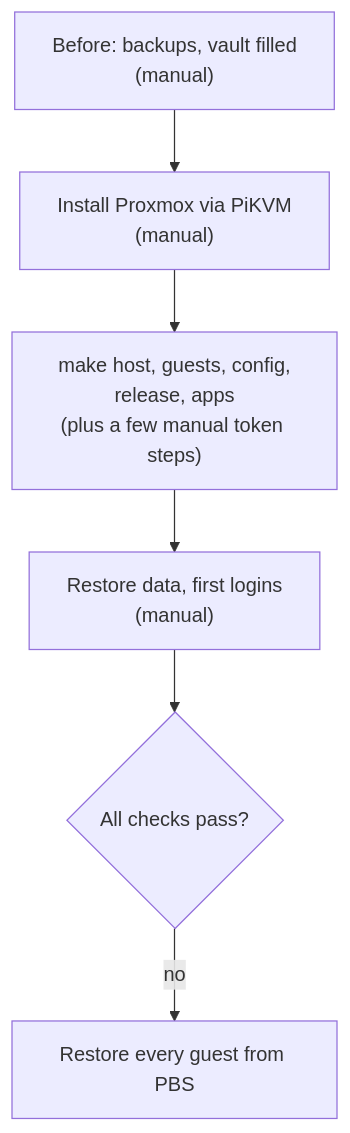
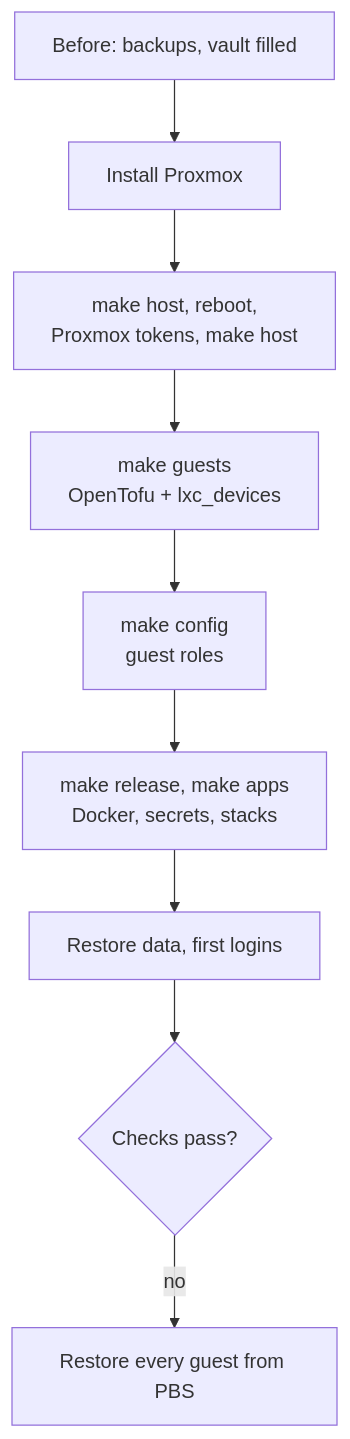
The diagram in docs/runbooks/install.md (atahan99/proxmox-infra-iac), drawn with Mermaid before and after one commit. The commit also changed other lines of this file and 17 other files, not shown here.

````diff
--- a/docs/runbooks/install.md
+++ b/docs/runbooks/install.md
@@ -6,8 +6,11 @@
 ```mermaid
 flowchart TD
-  P["Before: backups, vault filled<br/>(manual)"] --> RI["Install Proxmox via PiKVM<br/>(manual)"]
-  RI --> B["make host, guests, config,<br/>release, apps<br/>(plus a few manual token steps)"]
-  B --> RS["Restore data, first logins<br/>(manual)"]
-  RS --> V{"All checks pass?"}
-  V -- "no" --> RB["Restore every guest from PBS"]
+  P["Before: backups, vault filled"] --> I["Install Proxmox"]
+  I --> H["make host, reboot,<br/>Proxmox tokens, make host"]
+  H --> G["make guests<br/>OpenTofu + lxc_devices"]
+  G --> C["make config<br/>guest roles"]
+  C --> A["make release, make apps<br/>Docker, secrets, stacks"]
+  A --> R["Restore data, first logins"]
+  R --> V{"Checks pass?"}
+  V -- "no" --> PBS["Restore every guest from PBS"]
 ```
````
